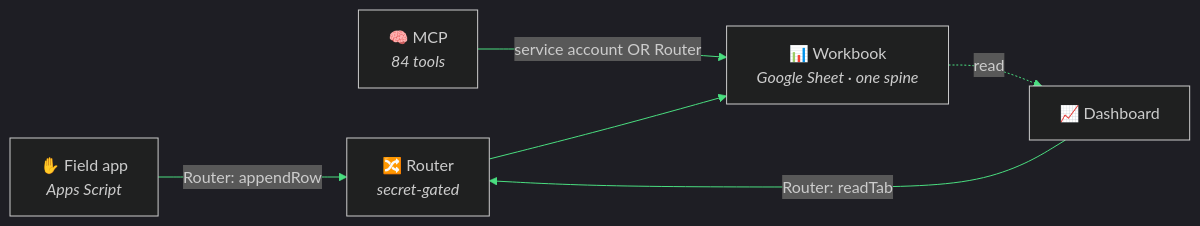
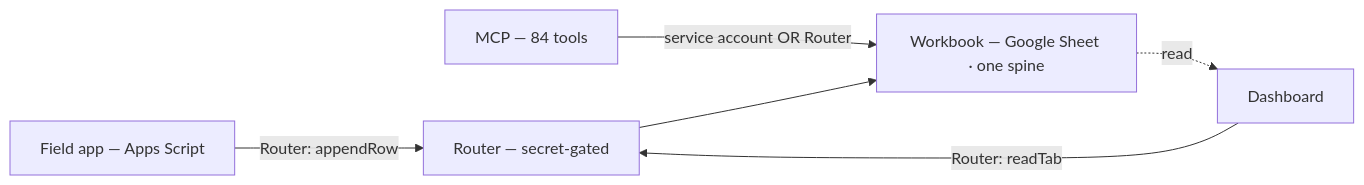
The diagram in docs/INTEGRATION.md (kr8tiv-ai/evolved), drawn with Mermaid before and after one commit. The commit also changed other lines of this file and 6 other files, not shown here.

Commit message:
Docs: GitHub-safe mermaid across all 5 diagrams + reconcile 20->25 tab counts everywhere

````diff
--- a/docs/INTEGRATION.md
+++ b/docs/INTEGRATION.md
@@ -6,9 +6,8 @@
 ```mermaid
-%%{init: {"theme": "dark", "themeVariables": {"primaryColor": "#101010", "primaryBorderColor": "#4ade80", "primaryTextColor": "#f3f4f6", "lineColor": "#4ade80", "fontFamily": "Segoe UI"}}}%%
 flowchart LR
-    FA["✋ Field app<br><i>Apps Script</i>"] -->|Router: appendRow| RT["🔀 Router<br><i>secret-gated</i>"]
-    MCP["🧠 MCP<br><i>84 tools</i>"] -->|service account OR Router| WB["📊 Workbook<br><i>Google Sheet · one spine</i>"]
+    FA["Field app — Apps Script"] -->|Router: appendRow| RT["Router — secret-gated"]
+    MCP["MCP — 84 tools"] -->|service account OR Router| WB["Workbook — Google Sheet · one spine"]
     RT --> WB
-    DASH["📈 Dashboard"] -->|Router: readTab| RT
+    DASH["Dashboard"] -->|Router: readTab| RT
     WB -.->|read| DASH
 ```
````
